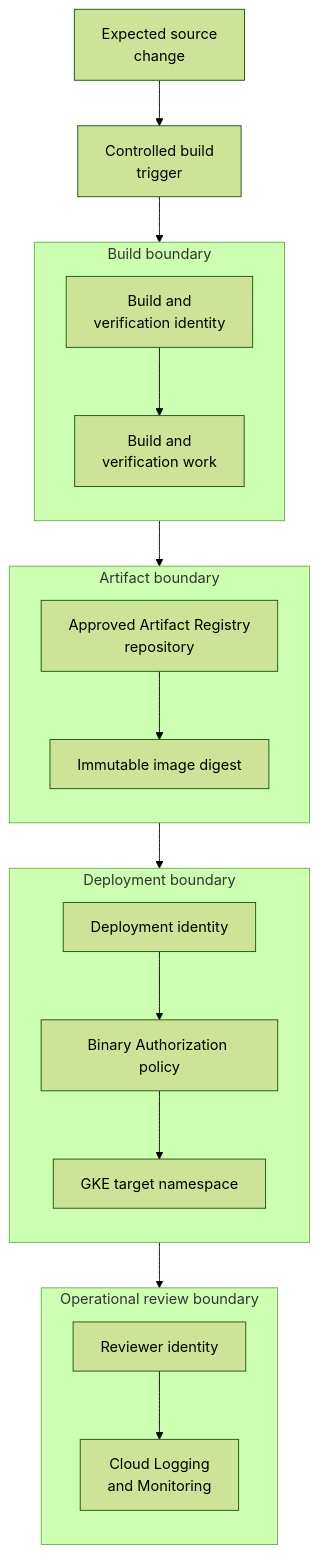
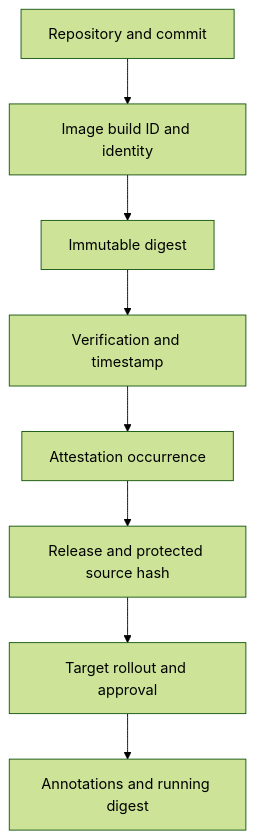
One commit to DimitryZH/secure-delivery-platform changed the second of 4 diagrams in docs/diagrams/README.md. Above: the diagram before and after it, drawn with Mermaid (forest theme). The commit also changed other lines of this file and 24 other files, not shown here.

````diff
--- a/docs/diagrams/README.md
+++ b/docs/diagrams/README.md
@@ -84,37 +24,10 @@
 ```mermaid
 flowchart TB
-    Source["Expected source<br/>change"] --> Trigger["Controlled build<br/>trigger"]
-
-    subgraph BuildBoundary[Build boundary]
-        direction TB
-        BuildJob["Build and<br/>verification work"]
-        BuildSA["Build and<br/>verification identity"]
-        BuildSA --> BuildJob
-    end
-
-    subgraph ArtifactBoundary[Artifact boundary]
-        direction TB
-        Registry["Approved Artifact Registry<br/>repository"]
-        Digest[Immutable image digest]
-        Registry --> Digest
-    end
-
-    subgraph DeploymentBoundary[Deployment boundary]
-        direction TB
-        Policy[Binary Authorization policy]
-        Cluster[GKE target namespace]
-        Policy --> Cluster
-        DeploySA[Deployment identity] --> Policy
-    end
-
-    subgraph ReviewBoundary[Operational review boundary]
-        direction TB
-        Telemetry["Cloud Logging<br/>and Monitoring"]
-        Reviewer[Reviewer identity] --> Telemetry
-    end
-
-    Trigger --> BuildSA
-    BuildJob --> Registry
-    Digest --> Policy
-    Cluster --> Telemetry
+    Source[Repository and commit] --> Build[Image build ID and identity]
+    Build --> Digest[Immutable digest]
+    Digest --> Verification[Verification and timestamp]
+    Verification --> Trust[Attestation occurrence]
+    Trust --> Release[Release and protected source hash]
+    Release --> Rollout[Target rollout and approval]
+    Rollout --> Runtime[Annotations and running digest]
 ```
````
